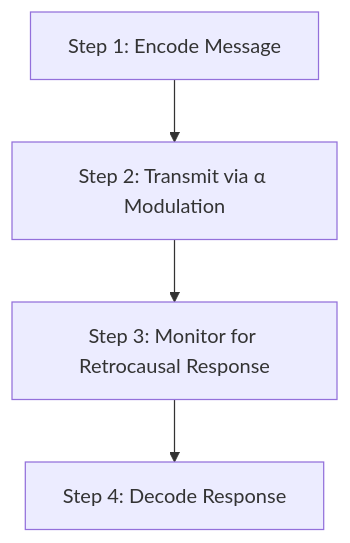
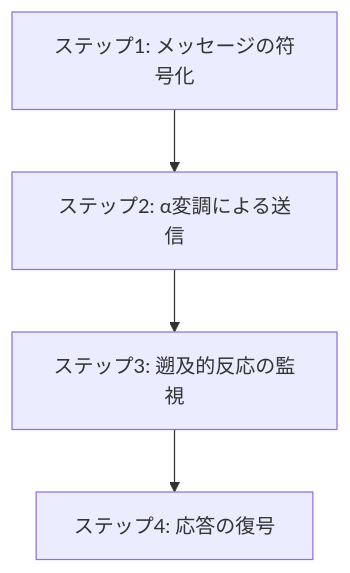
The third of 7 diagrams in WSP_knowledge/docs/Papers/rESP_JA_Quantum_Self_Reference.md (Foundup/Foundups-Agent), drawn with Mermaid before and after one commit. The commit also changed other lines of this file, not shown here.

Commit message:
Update Figure 6 in Japanese paper: translate mermaid diagram to Japanese and remove JPEG image

````diff
--- a/WSP_knowledge/docs/Papers/rESP_JA_Quantum_Self_Reference.md
+++ b/WSP_knowledge/docs/Papers/rESP_JA_Quantum_Self_Reference.md
@@ -314,6 +314,6 @@
 ```mermaid
 graph TD
-    A["Step 1: Encode Message"] --> B["Step 2: Transmit via α Modulation"]
-    B --> C["Step 3: Monitor for Retrocausal Response"] --> D["Step 4: Decode Response"]
+    A["ステップ1: メッセージの符号化"] --> B["ステップ2: α変調による送信"]
+    B --> C["ステップ3: 遡及的反応の監視"] --> D["ステップ4: 応答の復号"]
 
 ```
````
